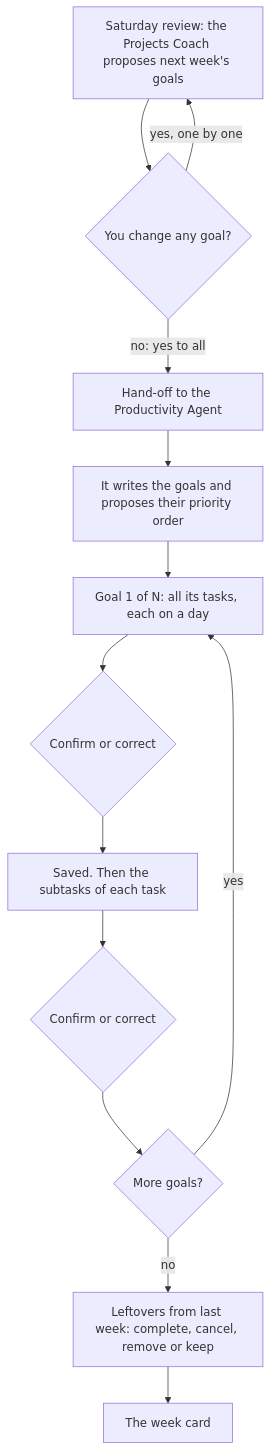
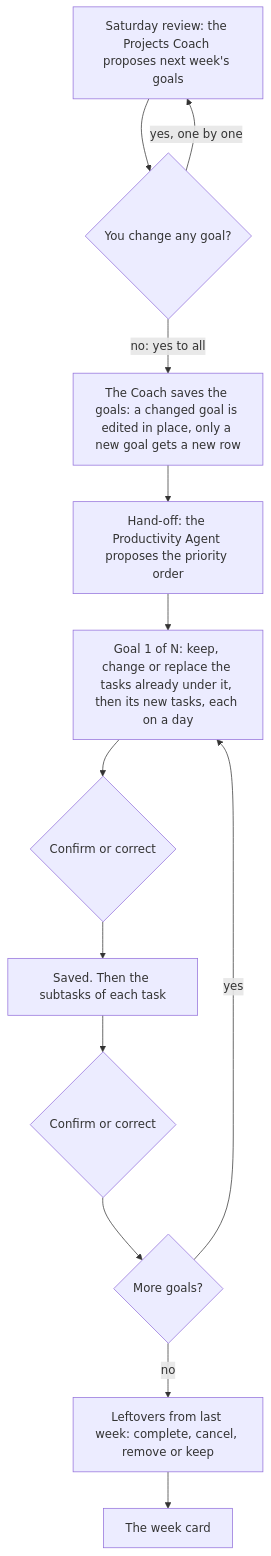
One commit to thalderg/n8n changed the fourth of 6 diagrams in workflows/productivity-coach/README.md. Above: the diagram before and after it, drawn with Mermaid. The commit also changed other lines of this file and 4 other files, not shown here.

Commit message:
Productivity Coach: the Coach saves the agreed goals; planning reviews tasks already under each goal

````diff
--- a/workflows/productivity-coach/README.md
+++ b/workflows/productivity-coach/README.md
@@ -158,15 +158,15 @@
 ```mermaid
 flowchart TD
     A["Saturday review: the Projects Coach proposes next week's goals"] --> B{"You change any goal?"}
     B -- "yes, one by one" --> A
-    B -- "no: yes to all" --> C["Hand-off to the Productivity Agent"]
-    C --> D["It writes the goals and proposes their priority order"]
-    D --> E["Goal 1 of N: all its tasks, each on a day"]
+    B -- "no: yes to all" --> C["The Coach saves the goals: a changed goal is edited in place, only a new goal gets a new row"]
+    C --> D["Hand-off: the Productivity Agent proposes the priority order"]
+    D --> E["Goal 1 of N: keep, change or replace the tasks already under it, then its new tasks, each on a day"]
     E --> F{"Confirm or correct"}
     F --> G["Saved. Then the subtasks of each task"]
     G --> H{"Confirm or correct"}
     H --> I{"More goals?"}
     I -- "yes" --> E
     I -- "no" --> J["Leftovers from last week: complete, cancel, remove or keep"]
     J --> K["The week card"]
 ```
````
